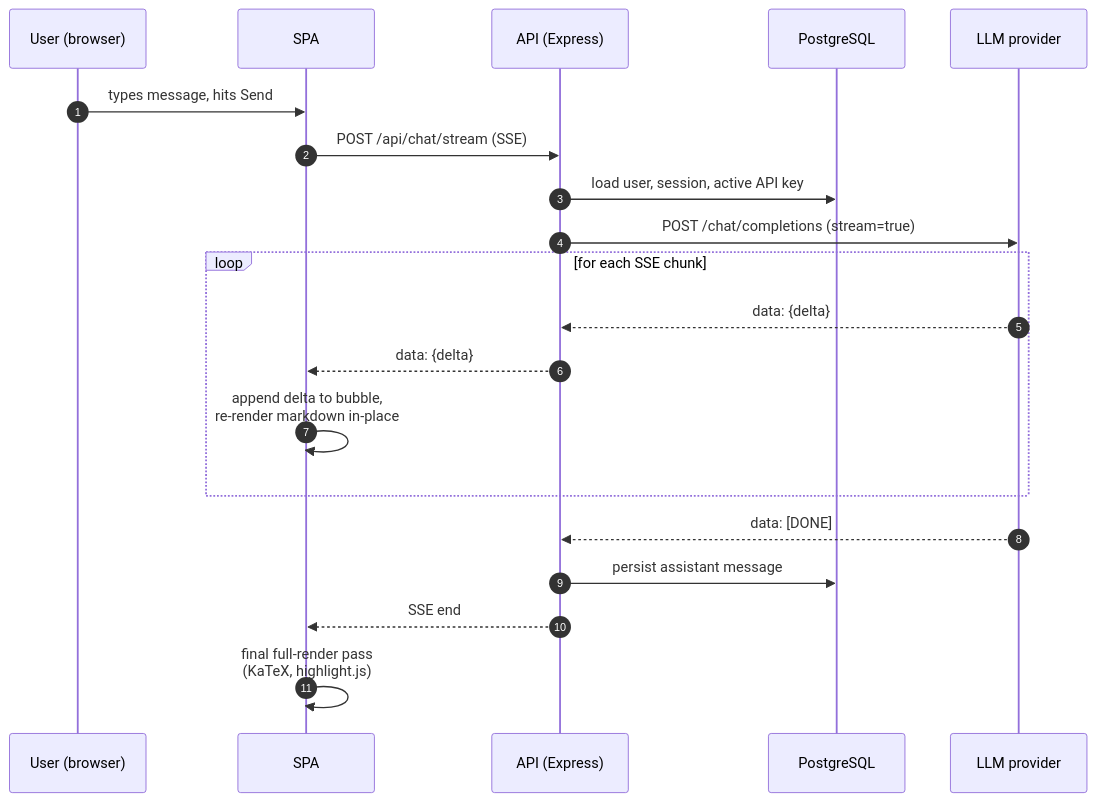
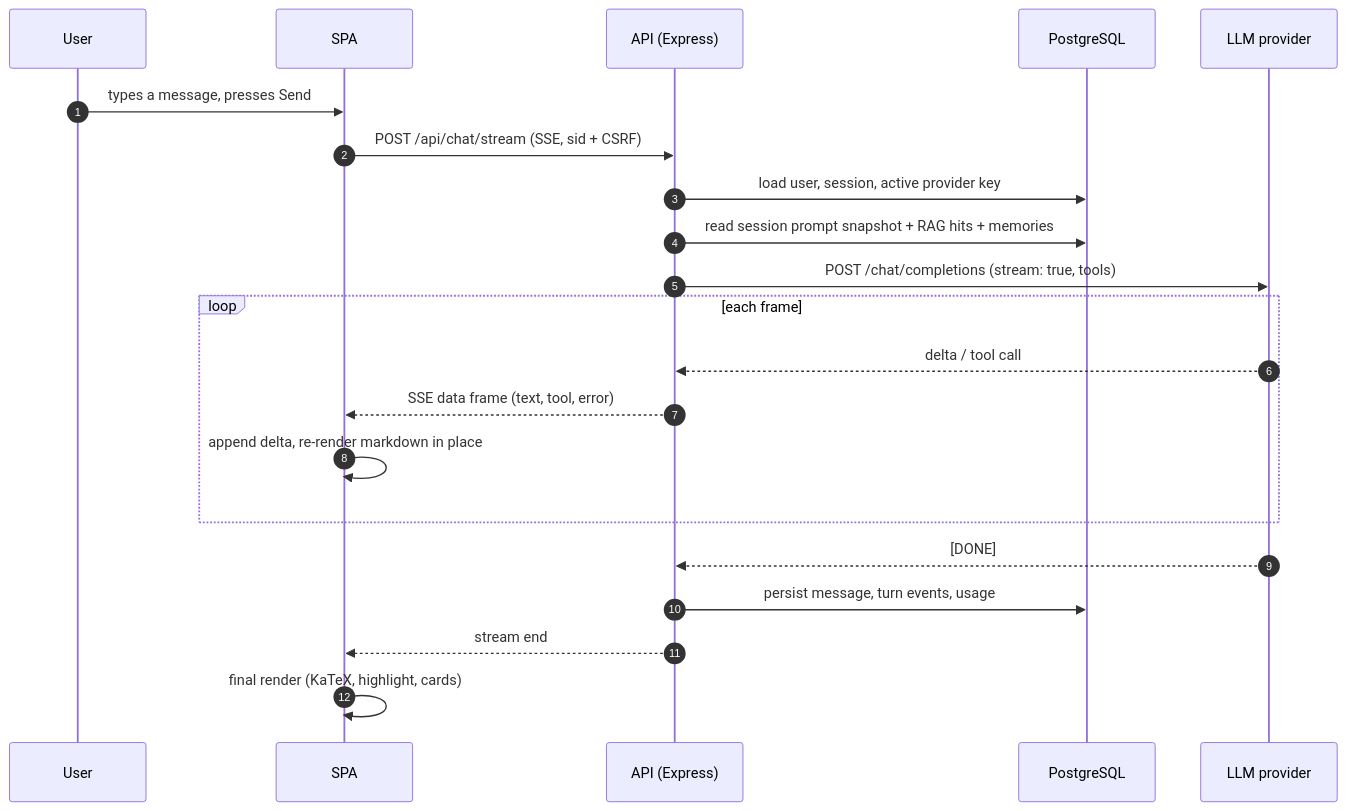
The second of 2 diagrams in README.md (kevenhu001-cyber/Socrates), drawn with Mermaid before and after one commit. The commit also changed other lines of this file and 41 other files, not shown here.

````diff
--- a/README.md
+++ b/README.md
@@ -276,23 +199,24 @@
 ```mermaid
 sequenceDiagram
   autonumber
-  participant U as User (browser)
+  participant U as User
   participant SPA as SPA
   participant API as API (Express)
   participant DB as PostgreSQL
-  participant LLM as LLM provider
+  participant P as LLM provider
 
-  U->>SPA: types message, hits Send
-  SPA->>API: POST /api/chat/stream (SSE)
-  API->>DB: load user, session, active API key
-  API->>LLM: POST /chat/completions (stream=true)
-  loop for each SSE chunk
-    LLM-->>API: data: {delta}
-    API-->>SPA: data: {delta}
-    SPA->>SPA: append delta to bubble,<br/>re-render markdown in-place
+  U->>SPA: types a message, presses Send
+  SPA->>API: POST /api/chat/stream (SSE, sid + CSRF)
+  API->>DB: load user, session, active provider key
+  API->>DB: read session prompt snapshot + RAG hits + memories
+  API->>P: POST /chat/completions (stream: true, tools)
+  loop each frame
+    P-->>API: delta / tool call
+    API-->>SPA: SSE data frame (text, tool, error)
+    SPA->>SPA: append delta, re-render markdown in place
   end
-  LLM-->>API: data: [DONE]
-  API->>DB: persist assistant message
-  API-->>SPA: SSE end
-  SPA->>SPA: final full-render pass<br/>(KaTeX, highlight.js)
+  P-->>API: [DONE]
+  API->>DB: persist message, turn events, usage
+  API-->>SPA: stream end
+  SPA->>SPA: final render (KaTeX, highlight, cards)
 ```
````
